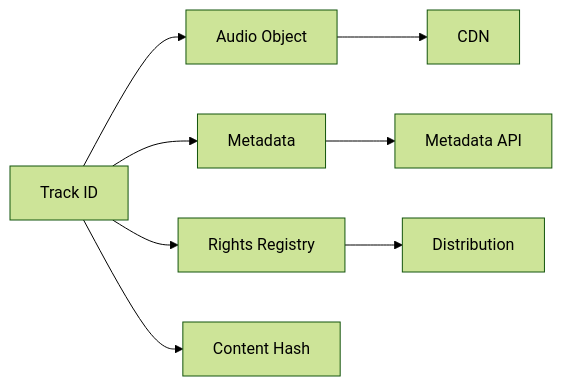
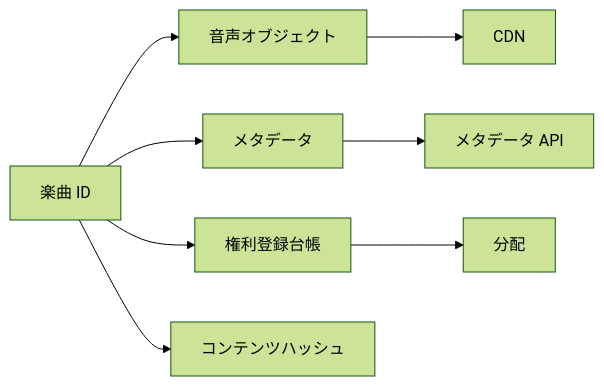
One commit to ShigeichiroYamasaki/creator-first-platform changed the seventh of 27 diagrams in docs/whitepaper/04-platform-architecture.md. Above: the diagram before and after it, drawn with Mermaid (forest theme). The commit also changed other lines of this file and 72 other files, not shown here.

````diff
--- a/docs/whitepaper/04-platform-architecture.md
+++ b/docs/whitepaper/04-platform-architecture.md
@@ -285,13 +285,13 @@
 ```mermaid
 flowchart LR
-    TRACK[Track ID]
+    TRACK[楽曲 ID]
 
-    TRACK --> AUDIO[Audio Object]
-    TRACK --> META[Metadata]
-    TRACK --> RIGHTS[Rights Registry]
-    TRACK --> HASH[Content Hash]
+    TRACK --> AUDIO[音声オブジェクト]
+    TRACK --> META[メタデータ]
+    TRACK --> RIGHTS[権利登録台帳]
+    TRACK --> HASH[コンテンツハッシュ]
 
     AUDIO --> CDN[CDN]
-    META --> API[Metadata API]
-    RIGHTS --> SC[Distribution]
+    META --> API[メタデータ API]
+    RIGHTS --> SC[分配]
 ```
````
